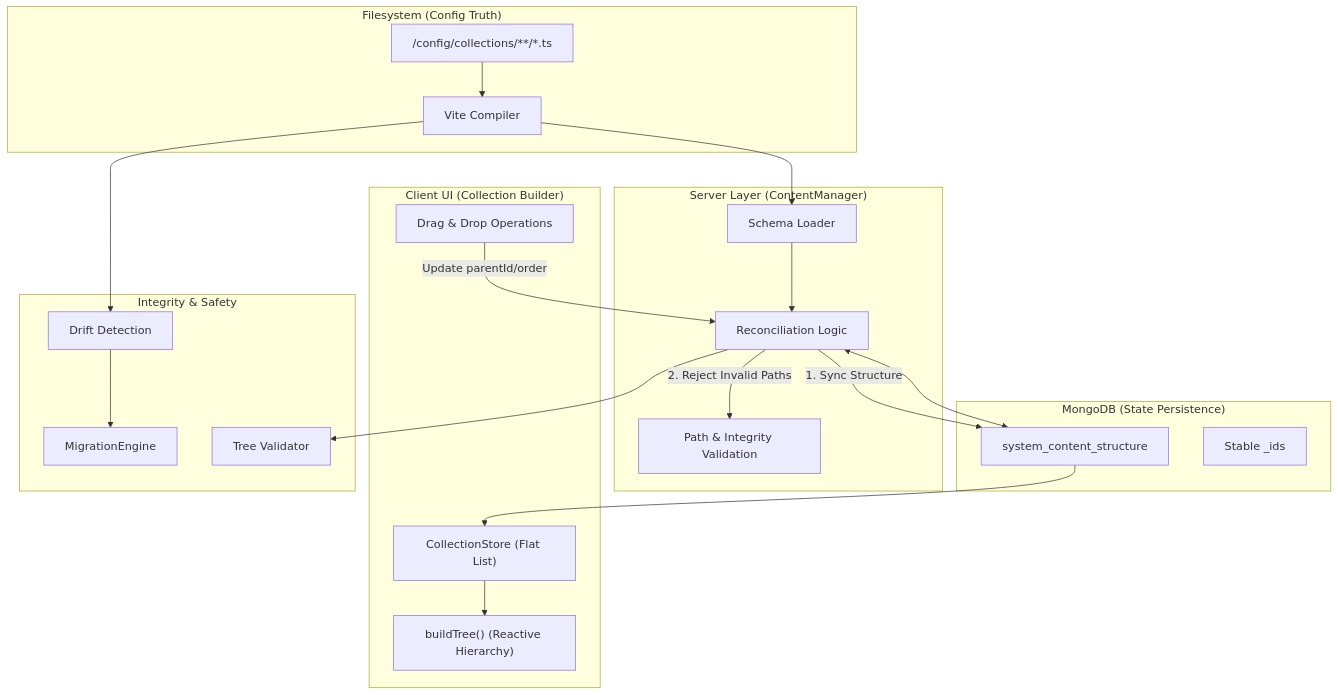
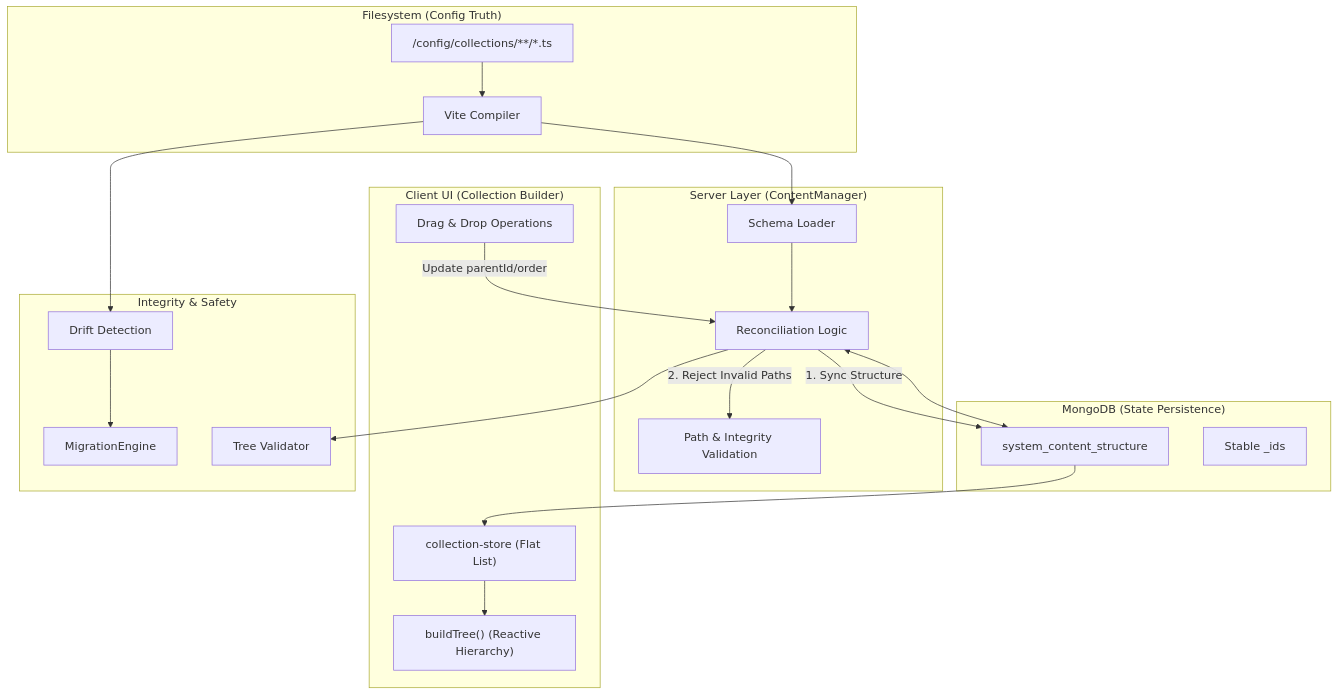
One commit to SveltyCMS/SveltyCMS changed the diagram in docs/architecture/collection-builder-architecture.mdx. Above: the diagram before and after it, drawn with Mermaid. The commit also changed other lines of this file and 353 other files, not shown here.

````diff
--- a/docs/architecture/collection-builder-architecture.mdx
+++ b/docs/architecture/collection-builder-architecture.mdx
@@ -29,47 +29,47 @@
 ```mermaid
 graph TD
     subgraph Filesystem ["Filesystem (Config Truth)"]
         FS_Collections["/config/collections/**/*.ts"]
         FS_Compiler["Vite Compiler"]
     end
 
     subgraph Server_Layer ["Server Layer (ContentManager)"]
         CM_Loader["Schema Loader"]
         CM_Reconcile["Reconciliation Logic"]
         CM_Validation["Path & Integrity Validation"]
     end
 
     subgraph Database ["MongoDB (State Persistence)"]
         DB_Nodes["system_content_structure"]
         DB_IDs["Stable _ids"]
     end
 
     subgraph Client_UI ["Client UI (Collection Builder)"]
-        UI_Store["CollectionStore (Flat List)"]
+        UI_Store["collection-store (Flat List)"]
         UI_Tree["buildTree() (Reactive Hierarchy)"]
         UI_Drag["Drag & Drop Operations"]
     end
 
     FS_Collections --> FS_Compiler
     FS_Compiler --> CM_Loader
     CM_Loader --> CM_Reconcile
 
     DB_Nodes <--> CM_Reconcile
 
     CM_Reconcile -- "1. Sync Structure" --> DB_Nodes
     CM_Reconcile -- "2. Reject Invalid Paths" --> CM_Validation
 
     DB_Nodes --> UI_Store
     UI_Store --> UI_Tree
     UI_Drag -- "Update parentId/order" --> CM_Reconcile
 
     subgraph Integrity_Layer ["Integrity & Safety"]
         Migration_Engine["MigrationEngine"]
         Drift_Detection["Drift Detection"]
         Tree_Validation["Tree Validator"]
     end
 
     CM_Reconcile --> Tree_Validation
     FS_Compiler --> Drift_Detection
     Drift_Detection --> Migration_Engine
 ```
````
